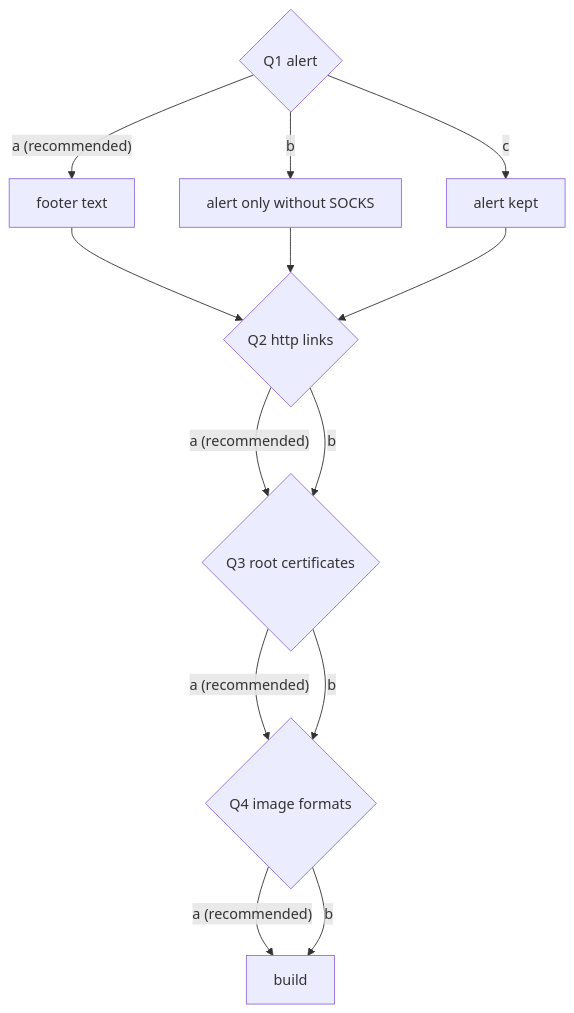
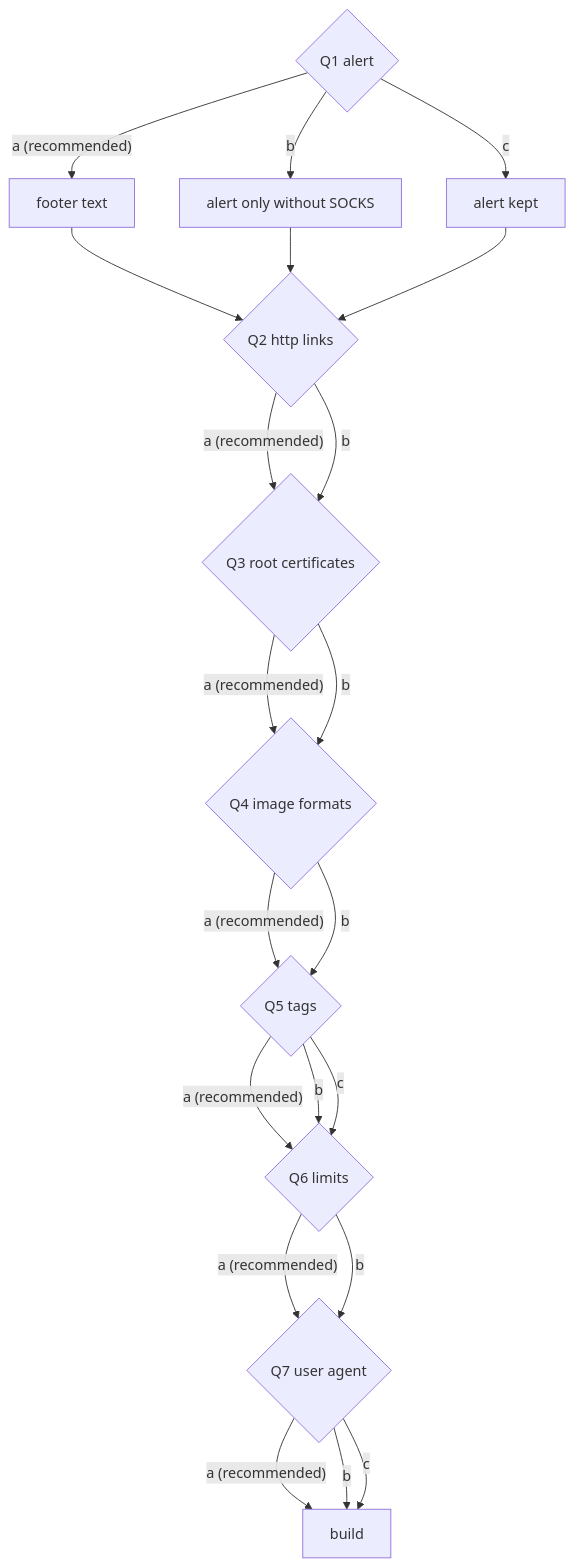
Before and after one commit to simplex-chat/simplex-chat: the eighth of 9 diagrams in plans/2026-11-21-link-previews-core.md, drawn with Mermaid. The commit also changed other lines of this file, not shown here.

Commit message:
docs: link preview plan with the measured tags, limits and user agent

````diff
--- a/plans/2026-11-21-link-previews-core.md
+++ b/plans/2026-11-21-link-previews-core.md
@@ -737,15 +742,23 @@
 ```mermaid
 flowchart TD
   Q1{"Q1 alert"} -->|"a (recommended)"| Q1F["footer text"]
   Q1 -->|b| Q1B["alert only without SOCKS"]
   Q1 -->|c| Q1C["alert kept"]
   Q1F --> Q2{"Q2 http links"}
   Q1B --> Q2
   Q1C --> Q2
   Q2 -->|"a (recommended)"| Q3{"Q3 root certificates"}
   Q2 -->|b| Q3
   Q3 -->|"a (recommended)"| Q4{"Q4 image formats"}
   Q3 -->|b| Q4
-  Q4 -->|"a (recommended)"| END["build"]
-  Q4 -->|b| END
+  Q4 -->|"a (recommended)"| Q5{"Q5 tags"}
+  Q4 -->|b| Q5
+  Q5 -->|"a (recommended)"| Q6{"Q6 limits"}
+  Q5 -->|b| Q6
+  Q5 -->|c| Q6
+  Q6 -->|"a (recommended)"| Q7{"Q7 user agent"}
+  Q6 -->|b| Q7
+  Q7 -->|"a (recommended)"| END["build"]
+  Q7 -->|b| END
+  Q7 -->|c| END
 ```
````
